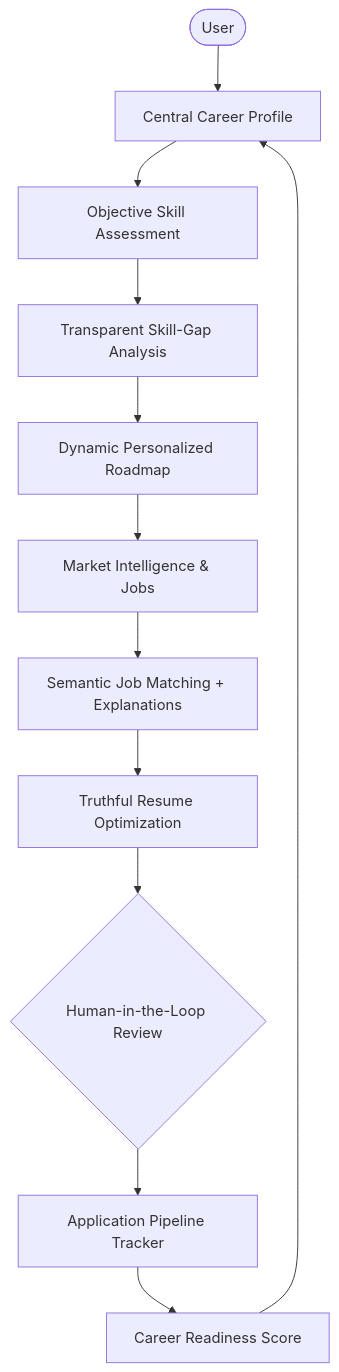
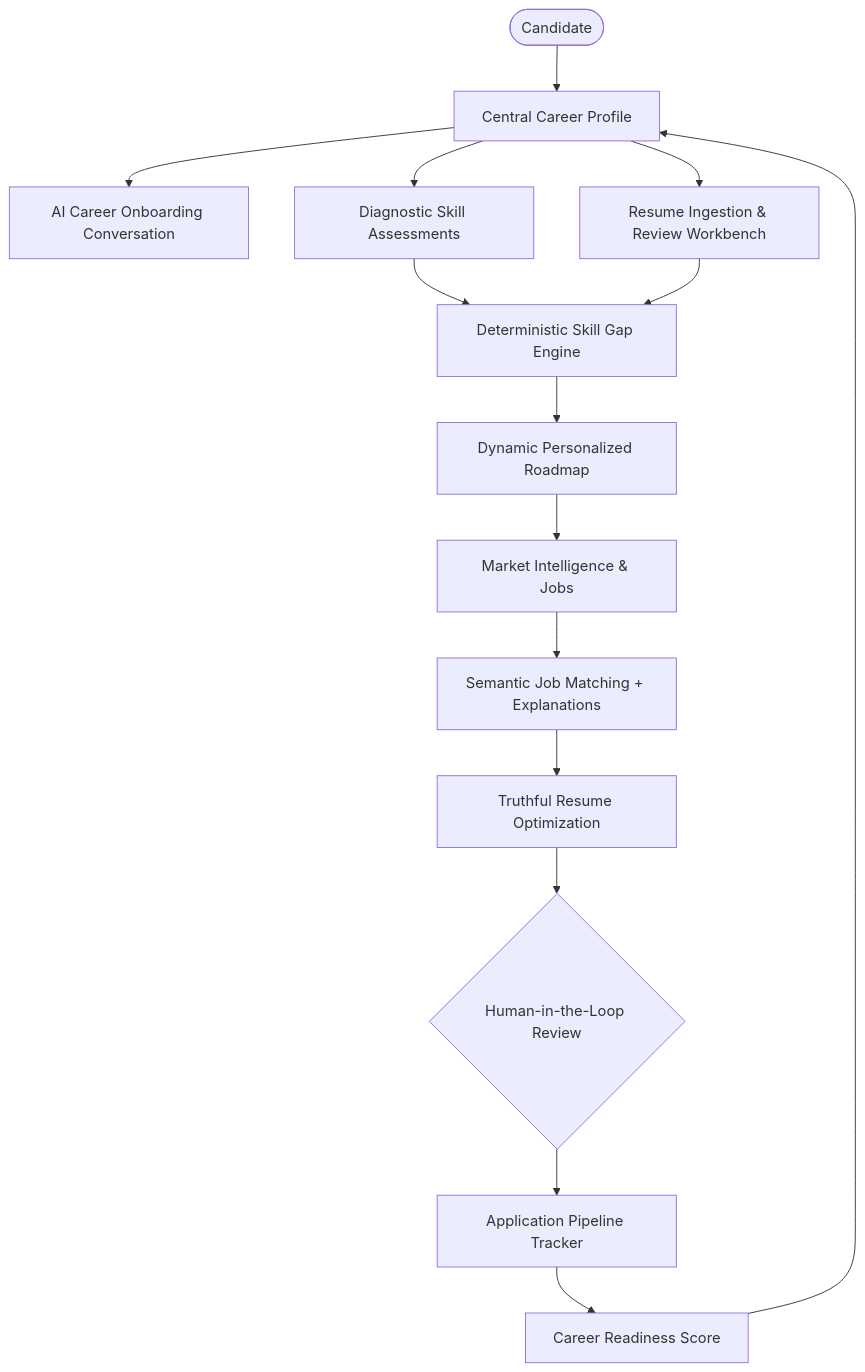
Before and after one commit to SharmaaAnmol/CoachPath: the diagram in README.md, drawn with Mermaid. The commit also changed other lines of this file, not shown here.

Commit message:
docs: update README with roadmap progress up to Phase 6B, latest architecture, and exact step-by-step commands

````diff
--- a/README.md
+++ b/README.md
@@ -25,14 +25,17 @@
 ```mermaid
 flowchart TD
-    User([User]) --> Profile[Central Career Profile]
-    Profile --> Assessment[Objective Skill Assessment]
-    Assessment --> Gap[Transparent Skill-Gap Analysis]
+    User([Candidate]) --> Profile[Central Career Profile]
+    Profile --> Onboarding[AI Career Onboarding Conversation]
+    Profile --> Resume[Resume Ingestion & Review Workbench]
+    Profile --> Assessment[Diagnostic Skill Assessments]
+    Assessment --> Gap[Deterministic Skill Gap Engine]
+    Resume --> Gap
     Gap --> Roadmap[Dynamic Personalized Roadmap]
     Roadmap --> Market[Market Intelligence & Jobs]
     Market --> Matching[Semantic Job Matching + Explanations]
-    Matching --> Resume[Truthful Resume Optimization]
-    Resume --> Approval{Human-in-the-Loop Review}
+    Matching --> Tailoring[Truthful Resume Optimization]
+    Tailoring --> Approval{Human-in-the-Loop Review}
     Approval --> Tracker[Application Pipeline Tracker]
     Tracker --> Readiness[Career Readiness Score]
     Readiness --> Profile
 ```
````
